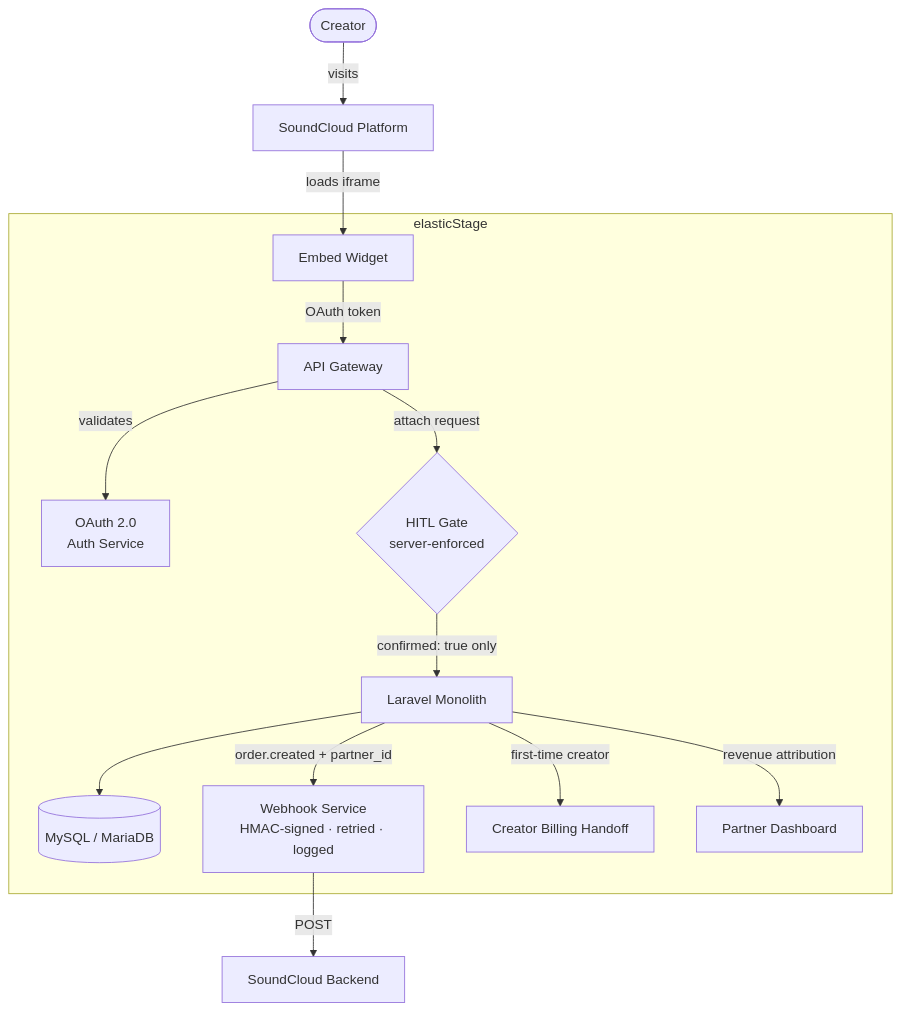
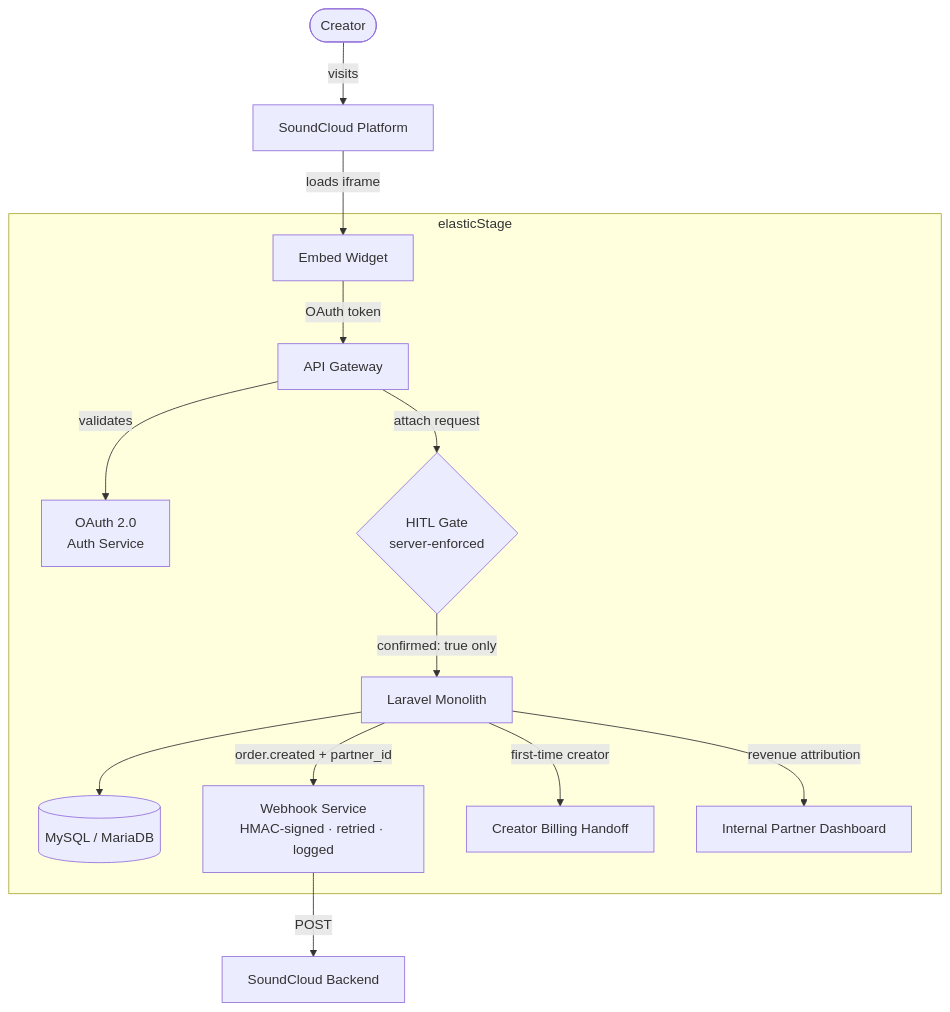
Before and after one commit to dan-xie-2022/elasticstage-partner-portal: the first of 2 diagrams in README.md, drawn with Mermaid. The commit also changed other lines of this file and 1 other file, not shown here.

Commit message:
Rename Partner Dashboard to Internal Partner Dashboard in P1 and P2 diagrams

````diff
--- a/README.md
+++ b/README.md
@@ -54,30 +54,30 @@
 ```mermaid
 flowchart TD
     Creator([Creator])
     SC[SoundCloud Platform]
     SCB[SoundCloud Backend]
 
     subgraph elasticStage
         Widget[Embed Widget]
         GW[API Gateway]
         Auth[OAuth 2.0\nAuth Service]
         HITL{HITL Gate\nserver-enforced}
         Monolith[Laravel Monolith]
         DB[(MySQL / MariaDB)]
         WH[Webhook Service\nHMAC-signed · retried · logged]
         Billing[Creator Billing Handoff]
-        Dash[Partner Dashboard]
+        Dash[Internal Partner Dashboard]
     end
 
     Creator -->|visits| SC
     SC -->|loads iframe| Widget
     Widget -->|OAuth token| GW
     GW -->|validates| Auth
     GW -->|attach request| HITL
     HITL -->|confirmed: true only| Monolith
     Monolith --> DB
     Monolith -->|order.created + partner_id| WH
     WH -->|POST| SCB
     Monolith -->|first-time creator| Billing
     Monolith -->|revenue attribution| Dash
 ```
````
